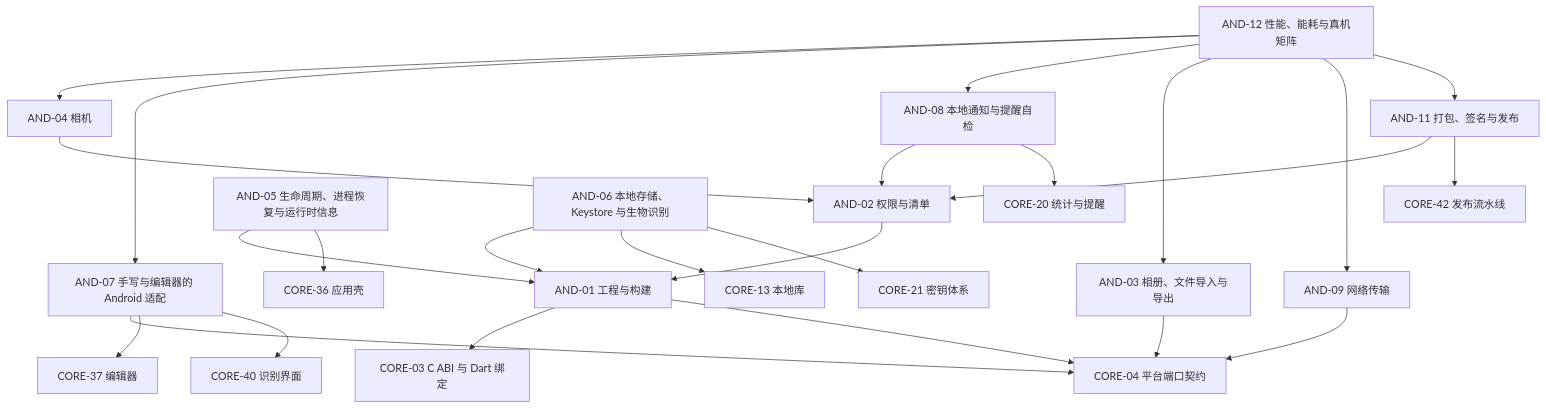
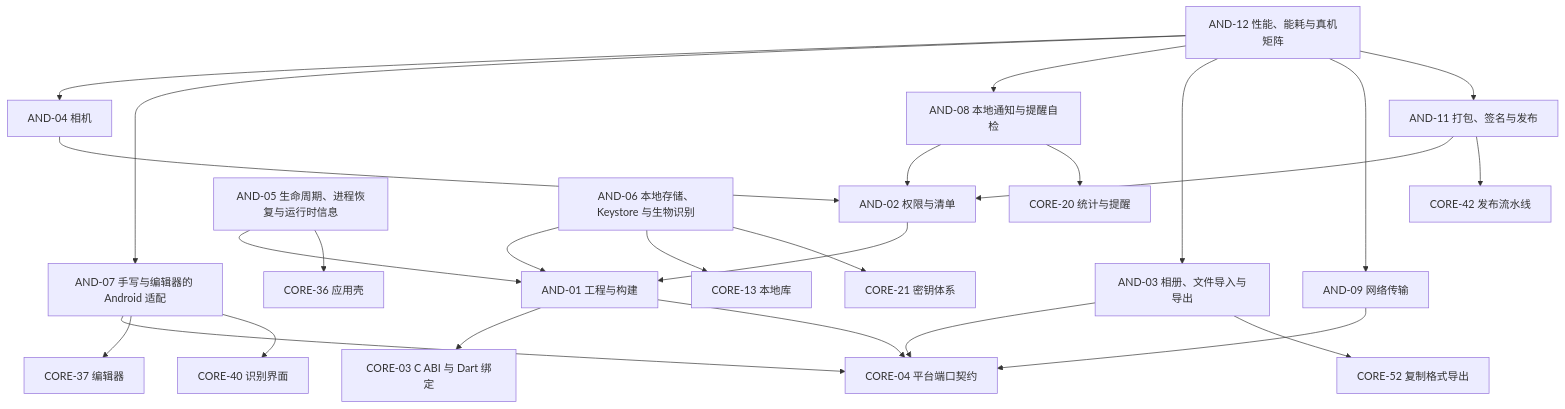
One commit to VividVeneto/BubeiGongshi changed the diagram in SADD/02-Android端-v5.md. Above: the diagram before and after it, drawn with Mermaid. The commit also changed other lines of this file and 5 other files, not shown here.

````diff
--- a/SADD/02-Android端-v5.md
+++ b/SADD/02-Android端-v5.md
@@ -21,47 +21,49 @@
 ```mermaid
 graph TD
   A01["AND-01 工程与构建"]
   A02["AND-02 权限与清单"]
   A03["AND-03 相册、文件导入与导出"]
   A04["AND-04 相机"]
   A05["AND-05 生命周期、进程恢复与运行时信息"]
   A06["AND-06 本地存储、Keystore 与生物识别"]
   A07["AND-07 手写与编辑器的 Android 适配"]
   A08["AND-08 本地通知与提醒自检"]
   A09["AND-09 网络传输"]
   A11["AND-11 打包、签名与发布"]
   A12["AND-12 性能、能耗与真机矩阵"]
   C03["CORE-03 C ABI 与 Dart 绑定"]
   C04["CORE-04 平台端口契约"]
   C13["CORE-13 本地库"]
   C20["CORE-20 统计与提醒"]
   C21["CORE-21 密钥体系"]
   C36["CORE-36 应用壳"]
   C37["CORE-37 编辑器"]
   C40["CORE-40 识别界面"]
   C42["CORE-42 发布流水线"]
+  C52["CORE-52 复制格式导出"]
   A01 --> C03
   A01 --> C04
   A02 --> A01
   A05 --> A01
   A05 --> C36
   A06 --> A01
   A06 --> C13
   A06 --> C21
   A03 --> C04
+  A03 --> C52
   A04 --> A02
   A07 --> C04
   A07 --> C37
   A07 --> C40
   A08 --> A02
   A08 --> C20
   A09 --> C04
   A11 --> A02
   A11 --> C42
   A12 --> A04
   A12 --> A07
   A12 --> A08
   A12 --> A03
   A12 --> A09
   A12 --> A11
 ```
````
